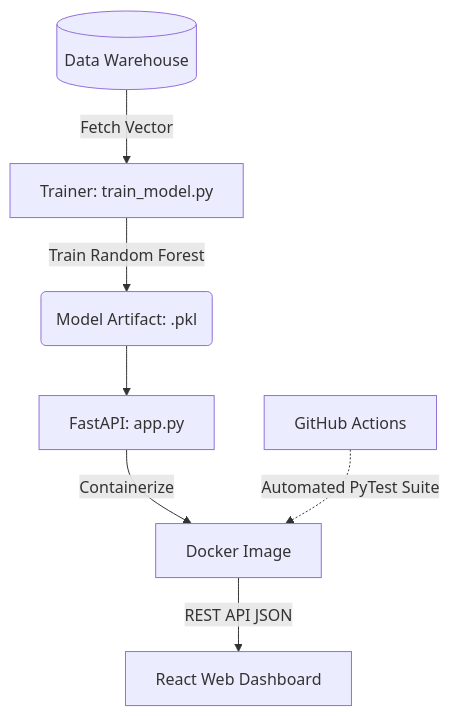
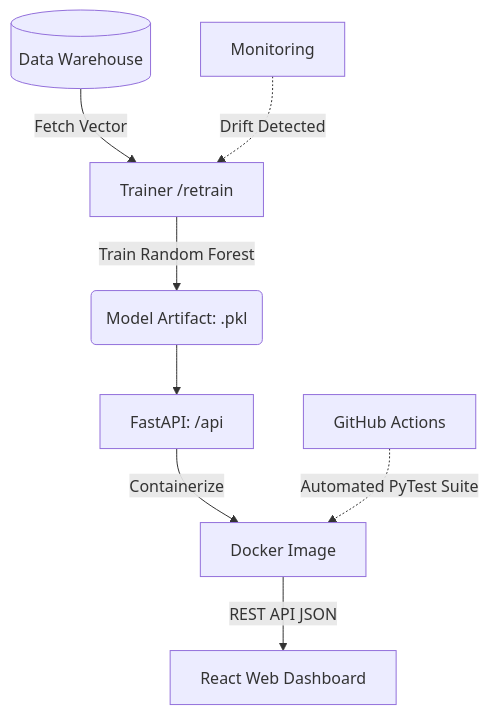
One commit to shuhanchang12/Aurora_tech_v4 changed the diagram in public/auroratech-repo/bloc4_ai_solutions/README.md. Above: the diagram before and after it, drawn with Mermaid. The commit also changed other lines of this file and 52 other files, not shown here.

````diff
--- a/public/auroratech-repo/bloc4_ai_solutions/README.md
+++ b/public/auroratech-repo/bloc4_ai_solutions/README.md
@@ -15,9 +21,10 @@
 ```mermaid
 graph TD
-    A[(Data Warehouse)] -->|Fetch Vector| B[Trainer: train_model.py]
+    A[(Data Warehouse)] -->|Fetch Vector| B[Trainer /retrain]
     B -->|Train Random Forest| C(Model Artifact: .pkl)
-    C --> D[FastAPI: app.py]
+    C --> D[FastAPI: /api]
     D -->|Containerize| E[Docker Image]
     E -->|REST API JSON | F[React Web Dashboard]
     G[GitHub Actions] -.->|Automated PyTest Suite| E
+    H[Monitoring] -.->|Drift Detected| B
 ```
````
